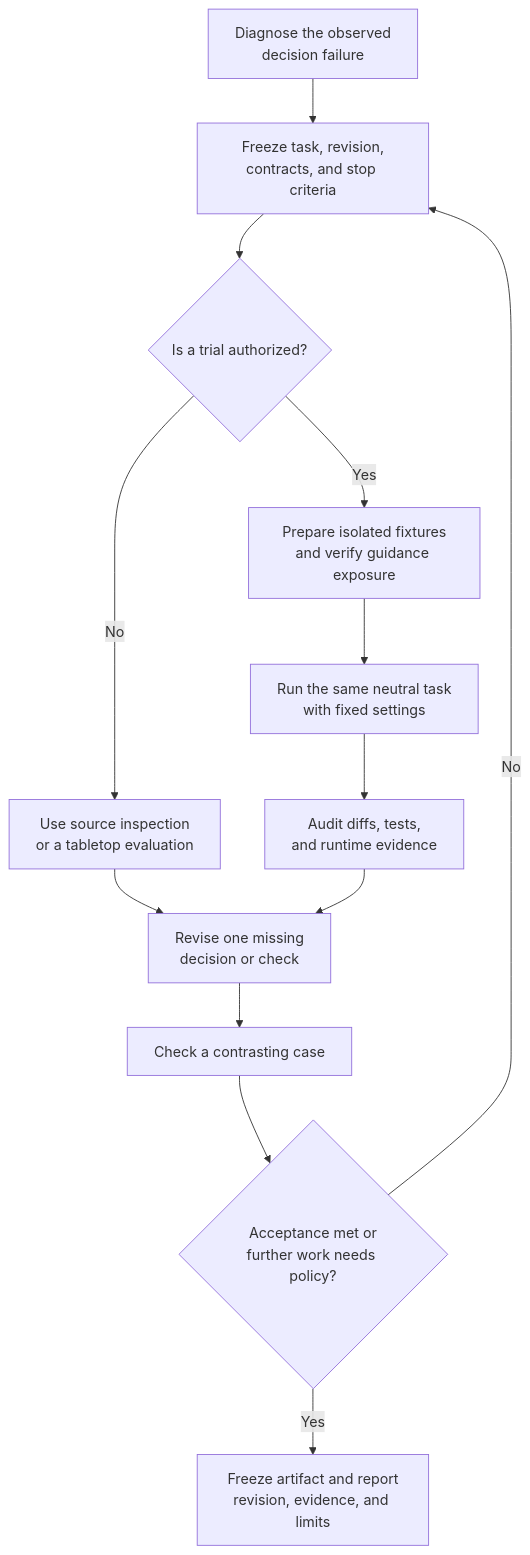
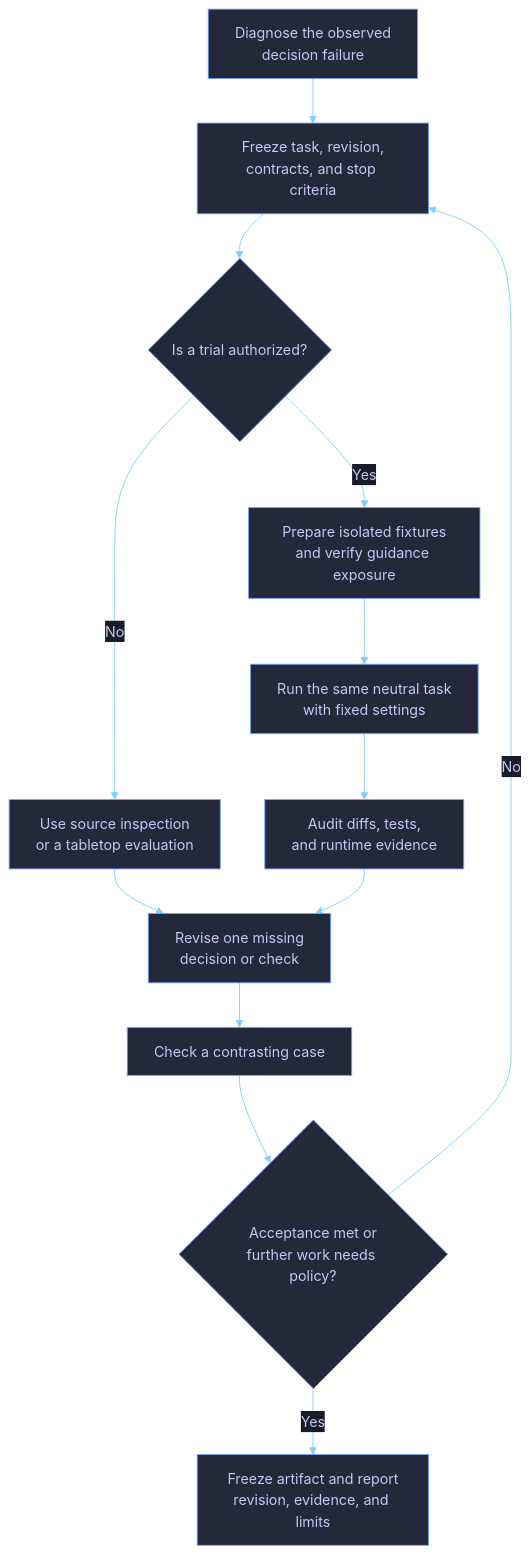
One commit to dvo-dev/copilot-guidance changed the diagram in docs/skill-workflows/refine-agent-guidance.md. Above: the diagram before and after it, drawn with Mermaid. The commit also changed 10 other files, not shown here.

Commit message:
Theme workflow diagrams and fix skill links

````diff
--- a/docs/skill-workflows/refine-agent-guidance.md
+++ b/docs/skill-workflows/refine-agent-guidance.md
@@ -15,15 +15,16 @@
 ```mermaid
+%%{init: {"theme":"base","themeVariables":{"background":"#1a1b26","primaryColor":"#24283b","primaryTextColor":"#c0caf5","primaryBorderColor":"#7aa2f7","secondaryColor":"#1f2335","secondaryTextColor":"#c0caf5","secondaryBorderColor":"#bb9af7","tertiaryColor":"#16161e","tertiaryTextColor":"#c0caf5","tertiaryBorderColor":"#7dcfff","lineColor":"#7dcfff","textColor":"#c0caf5","mainBkg":"#24283b","nodeBorder":"#7aa2f7","clusterBkg":"#16161e","clusterBorder":"#565f89","defaultLinkColor":"#7dcfff","edgeLabelBackground":"#1a1b26","titleColor":"#bb9af7","fontFamily":"ui-monospace, SFMono-Regular, Menlo, Monaco, Consolas, Liberation Mono, monospace"},"flowchart":{"curve":"basis","htmlLabels":true}}}%%
 flowchart TD
     A["Diagnose the observed<br/>decision failure"] --> B["Freeze task, revision,<br/>contracts, and stop criteria"]
     B --> C{"Is a trial authorized?"}
     C -->|No| D["Use source inspection<br/>or a tabletop evaluation"]
     C -->|Yes| E["Prepare isolated fixtures<br/>and verify guidance exposure"]
     E --> F["Run the same neutral task<br/>with fixed settings"]
     F --> G["Audit diffs, tests,<br/>and runtime evidence"]
     D --> H["Revise one missing<br/>decision or check"]
     G --> H
     H --> I["Check a contrasting case"]
     I --> J{"Acceptance met or<br/>further work needs policy?"}
     J -->|No| B
     J -->|Yes| K["Freeze artifact and report<br/>revision, evidence, and limits"]
 ```
````
